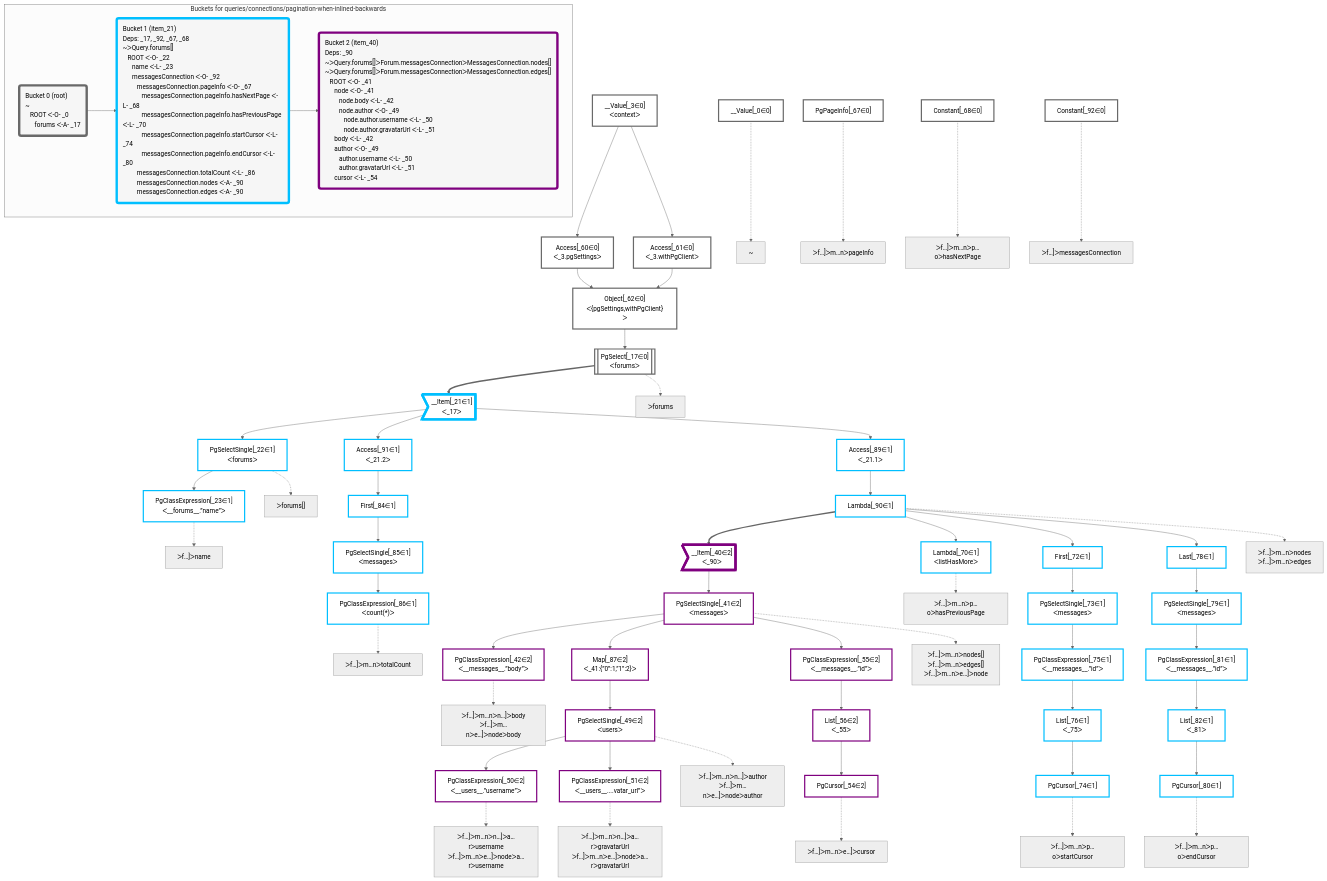
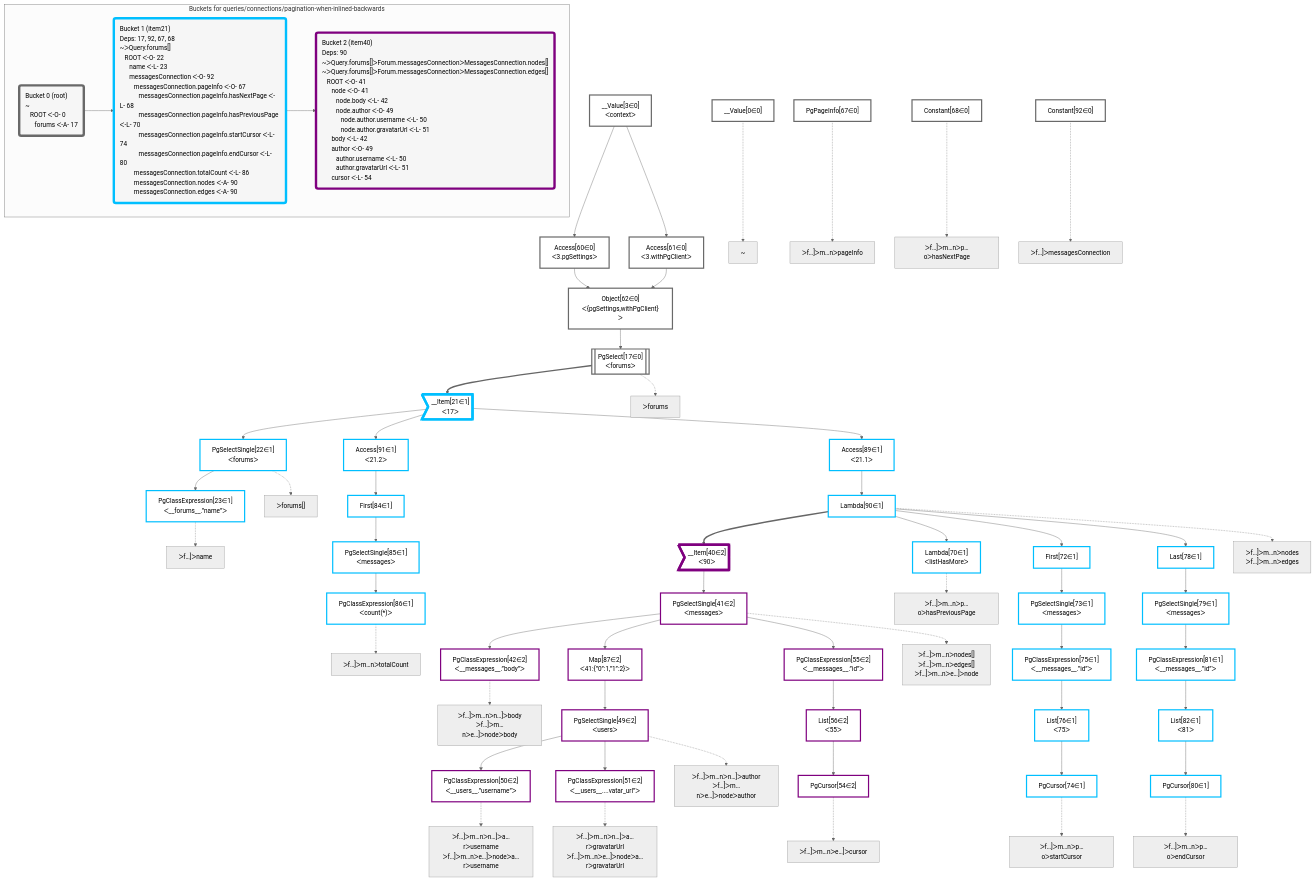
One commit to graphile/crystal changed the diagram in packages/dataplan-pg/__tests__/queries/connections/pagination-when-inlined-backwards.mermaid.md. Above: the diagram before and after it, drawn with Mermaid (neutral theme). The commit also changed 195 other files, not shown here.

```diff
--- a/packages/dataplan-pg/__tests__/queries/connections/pagination-when-inlined-backwards.mermaid.md
+++ b/packages/dataplan-pg/__tests__/queries/connections/pagination-when-inlined-backwards.mermaid.md
@@ -8,130 +8,130 @@
 
 
     %% define plans
-    __Value_0["__Value[_0∈0]"]:::plan
-    PgClassExpression_23["PgClassExpression[_23∈1]<br />ᐸ__forums__.”name”ᐳ"]:::plan
-    PgSelectSingle_22["PgSelectSingle[_22∈1]<br />ᐸforumsᐳ"]:::plan
-    PgClassExpression_86["PgClassExpression[_86∈1]<br />ᐸcount(*)ᐳ"]:::plan
-    PgSelectSingle_85["PgSelectSingle[_85∈1]<br />ᐸmessagesᐳ"]:::plan
-    First_84["First[_84∈1]"]:::plan
-    Access_91["Access[_91∈1]<br />ᐸ_21.2ᐳ"]:::plan
-    PgClassExpression_42["PgClassExpression[_42∈2]<br />ᐸ__messages__.”body”ᐳ"]:::plan
-    PgClassExpression_50["PgClassExpression[_50∈2]<br />ᐸ__users__.”username”ᐳ"]:::plan
-    PgClassExpression_51["PgClassExpression[_51∈2]<br />ᐸ__users__....vatar_url”ᐳ"]:::plan
-    PgSelectSingle_49["PgSelectSingle[_49∈2]<br />ᐸusersᐳ"]:::plan
-    Map_87["Map[_87∈2]<br />ᐸ_41:{”0”:1,”1”:2}ᐳ"]:::plan
-    PgCursor_54["PgCursor[_54∈2]"]:::plan
-    List_56["List[_56∈2]<br />ᐸ_55ᐳ"]:::plan
-    PgClassExpression_55["PgClassExpression[_55∈2]<br />ᐸ__messages__.”id”ᐳ"]:::plan
-    PgSelectSingle_41["PgSelectSingle[_41∈2]<br />ᐸmessagesᐳ"]:::plan
-    __Item_40>"__Item[_40∈2]<br />ᐸ_90ᐳ"]:::itemplan
-    Lambda_70["Lambda[_70∈1]<br />ᐸlistHasMoreᐳ"]:::plan
-    PgCursor_74["PgCursor[_74∈1]"]:::plan
-    List_76["List[_76∈1]<br />ᐸ_75ᐳ"]:::plan
-    PgClassExpression_75["PgClassExpression[_75∈1]<br />ᐸ__messages__.”id”ᐳ"]:::plan
-    PgSelectSingle_73["PgSelectSingle[_73∈1]<br />ᐸmessagesᐳ"]:::plan
-    First_72["First[_72∈1]"]:::plan
-    PgCursor_80["PgCursor[_80∈1]"]:::plan
-    List_82["List[_82∈1]<br />ᐸ_81ᐳ"]:::plan
-    PgClassExpression_81["PgClassExpression[_81∈1]<br />ᐸ__messages__.”id”ᐳ"]:::plan
-    PgSelectSingle_79["PgSelectSingle[_79∈1]<br />ᐸmessagesᐳ"]:::plan
-    Last_78["Last[_78∈1]"]:::plan
-    Lambda_90["Lambda[_90∈1]"]:::plan
-    Access_89["Access[_89∈1]<br />ᐸ_21.1ᐳ"]:::plan
-    __Item_21>"__Item[_21∈1]<br />ᐸ_17ᐳ"]:::itemplan
-    PgSelect_17[["PgSelect[_17∈0]<br />ᐸforumsᐳ"]]:::plan
-    Object_62["Object[_62∈0]<br />ᐸ{pgSettings,withPgClient}ᐳ"]:::plan
-    Access_60["Access[_60∈0]<br />ᐸ_3.pgSettingsᐳ"]:::plan
-    Access_61["Access[_61∈0]<br />ᐸ_3.withPgClientᐳ"]:::plan
-    __Value_3["__Value[_3∈0]<br />ᐸcontextᐳ"]:::plan
-    Constant_92["Constant[_92∈0]"]:::plan
-    PgPageInfo_67["PgPageInfo[_67∈0]"]:::plan
-    Constant_68["Constant[_68∈0]"]:::plan
+    __Value0["__Value[0∈0]"]:::plan
+    PgClassExpression23["PgClassExpression[23∈1]<br />ᐸ__forums__.”name”ᐳ"]:::plan
+    PgSelectSingle22["PgSelectSingle[22∈1]<br />ᐸforumsᐳ"]:::plan
+    PgClassExpression86["PgClassExpression[86∈1]<br />ᐸcount(*)ᐳ"]:::plan
+    PgSelectSingle85["PgSelectSingle[85∈1]<br />ᐸmessagesᐳ"]:::plan
+    First84["First[84∈1]"]:::plan
+    Access91["Access[91∈1]<br />ᐸ21.2ᐳ"]:::plan
+    PgClassExpression42["PgClassExpression[42∈2]<br />ᐸ__messages__.”body”ᐳ"]:::plan
+    PgClassExpression50["PgClassExpression[50∈2]<br />ᐸ__users__.”username”ᐳ"]:::plan
+    PgClassExpression51["PgClassExpression[51∈2]<br />ᐸ__users__....vatar_url”ᐳ"]:::plan
+    PgSelectSingle49["PgSelectSingle[49∈2]<br />ᐸusersᐳ"]:::plan
+    Map87["Map[87∈2]<br />ᐸ41:{”0”:1,”1”:2}ᐳ"]:::plan
+    PgCursor54["PgCursor[54∈2]"]:::plan
+    List56["List[56∈2]<br />ᐸ55ᐳ"]:::plan
+    PgClassExpression55["PgClassExpression[55∈2]<br />ᐸ__messages__.”id”ᐳ"]:::plan
+    PgSelectSingle41["PgSelectSingle[41∈2]<br />ᐸmessagesᐳ"]:::plan
+    __Item40>"__Item[40∈2]<br />ᐸ90ᐳ"]:::itemplan
+    Lambda70["Lambda[70∈1]<br />ᐸlistHasMoreᐳ"]:::plan
+    PgCursor74["PgCursor[74∈1]"]:::plan
+    List76["List[76∈1]<br />ᐸ75ᐳ"]:::plan
+    PgClassExpression75["PgClassExpression[75∈1]<br />ᐸ__messages__.”id”ᐳ"]:::plan
+    PgSelectSingle73["PgSelectSingle[73∈1]<br />ᐸmessagesᐳ"]:::plan
+    First72["First[72∈1]"]:::plan
+    PgCursor80["PgCursor[80∈1]"]:::plan
+    List82["List[82∈1]<br />ᐸ81ᐳ"]:::plan
+    PgClassExpression81["PgClassExpression[81∈1]<br />ᐸ__messages__.”id”ᐳ"]:::plan
+    PgSelectSingle79["PgSelectSingle[79∈1]<br />ᐸmessagesᐳ"]:::plan
+    Last78["Last[78∈1]"]:::plan
+    Lambda90["Lambda[90∈1]"]:::plan
+    Access89["Access[89∈1]<br />ᐸ21.1ᐳ"]:::plan
+    __Item21>"__Item[21∈1]<br />ᐸ17ᐳ"]:::itemplan
+    PgSelect17[["PgSelect[17∈0]<br />ᐸforumsᐳ"]]:::plan
+    Object62["Object[62∈0]<br />ᐸ{pgSettings,withPgClient}ᐳ"]:::plan
+    Access60["Access[60∈0]<br />ᐸ3.pgSettingsᐳ"]:::plan
+    Access61["Access[61∈0]<br />ᐸ3.withPgClientᐳ"]:::plan
+    __Value3["__Value[3∈0]<br />ᐸcontextᐳ"]:::plan
+    Constant92["Constant[92∈0]"]:::plan
+    PgPageInfo67["PgPageInfo[67∈0]"]:::plan
+    Constant68["Constant[68∈0]"]:::plan
 
     %% plan dependencies
-    PgSelectSingle_22 --> PgClassExpression_23
-    __Item_21 --> PgSelectSingle_22
-    PgSelectSingle_85 --> PgClassExpression_86
-    First_84 --> PgSelectSingle_85
-    Access_91 --> First_84
-    __Item_21 --> Access_91
-    PgSelectSingle_41 --> PgClassExpression_42
-    PgSelectSingle_49 --> PgClassExpression_50
-    PgSelectSingle_49 --> PgClassExpression_51
-    Map_87 --> PgSelectSingle_49
-    PgSelectSingle_41 --> Map_87
-    List_56 --> PgCursor_54
-    PgClassExpression_55 --> List_56
-    PgSelectSingle_41 --> PgClassExpression_55
-    __Item_40 --> PgSelectSingle_41
-    Lambda_90 ==> __Item_40
-    Lambda_90 --> Lambda_70
-    List_76 --> PgCursor_74
-    PgClassExpression_75 --> List_76
-    PgSelectSingle_73 --> PgClassExpression_75
-    First_72 --> PgSelectSingle_73
-    Lambda_90 --> First_72
-    List_82 --> PgCursor_80
-    PgClassExpression_81 --> List_82
-    PgSelectSingle_79 --> PgClassExpression_81
-    Last_78 --> PgSelectSingle_79
-    Lambda_90 --> Last_78
-    Access_89 --> Lambda_90
-    __Item_21 --> Access_89
-    PgSelect_17 ==> __Item_21
-    Object_62 --> PgSelect_17
-    Access_60 & Access_61 --> Object_62
-    __Value_3 --> Access_60
-    __Value_3 --> Access_61
+    PgSelectSingle22 --> PgClassExpression23
+    __Item21 --> PgSelectSingle22
+    PgSelectSingle85 --> PgClassExpression86
+    First84 --> PgSelectSingle85
+    Access91 --> First84
+    __Item21 --> Access91
+    PgSelectSingle41 --> PgClassExpression42
+    PgSelectSingle49 --> PgClassExpression50
+    PgSelectSingle49 --> PgClassExpression51
+    Map87 --> PgSelectSingle49
+    PgSelectSingle41 --> Map87
+    List56 --> PgCursor54
+    PgClassExpression55 --> List56
+    PgSelectSingle41 --> PgClassExpression55
+    __Item40 --> PgSelectSingle41
+    Lambda90 ==> __Item40
+    Lambda90 --> Lambda70
+    List76 --> PgCursor74
+    PgClassExpression75 --> List76
+    PgSelectSingle73 --> PgClassExpression75
+    First72 --> PgSelectSingle73
+    Lambda90 --> First72
+    List82 --> PgCursor80
+    PgClassExpression81 --> List82
+    PgSelectSingle79 --> PgClassExpression81
+    Last78 --> PgSelectSingle79
+    Lambda90 --> Last78
+    Access89 --> Lambda90
+    __Item21 --> Access89
+    PgSelect17 ==> __Item21
+    Object62 --> PgSelect17
+    Access60 & Access61 --> Object62
+    __Value3 --> Access60
+    __Value3 --> Access61
 
     %% plan-to-path relationships
-    P_0["~"]
-    __Value_0 -.-> P_0
-    P_17["ᐳforums"]
-    PgSelect_17 -.-> P_17
-    P_22["ᐳforums[]"]
-    PgSelectSingle_22 -.-> P_22
-    P_23["ᐳf…]ᐳname"]
-    PgClassExpression_23 -.-> P_23
-    P_41["ᐳf…]ᐳm…nᐳnodes[]<br />ᐳf…]ᐳm…nᐳedges[]<br />ᐳf…]ᐳm…nᐳe…]ᐳnode"]
-    PgSelectSingle_41 -.-> P_41
-    P_42["ᐳf…]ᐳm…nᐳn…]ᐳbody<br />ᐳf…]ᐳm…nᐳe…]ᐳnodeᐳbody"]
-    PgClassExpression_42 -.-> P_42
-    P_49["ᐳf…]ᐳm…nᐳn…]ᐳauthor<br />ᐳf…]ᐳm…nᐳe…]ᐳnodeᐳauthor"]
-    PgSelectSingle_49 -.-> P_49
-    P_50["ᐳf…]ᐳm…nᐳn…]ᐳa…rᐳusername<br />ᐳf…]ᐳm…nᐳe…]ᐳnodeᐳa…rᐳusername"]
-    PgClassExpression_50 -.-> P_50
-    P_51["ᐳf…]ᐳm…nᐳn…]ᐳa…rᐳgravatarUrl<br />ᐳf…]ᐳm…nᐳe…]ᐳnodeᐳa…rᐳgravatarUrl"]
-    PgClassExpression_51 -.-> P_51
-    P_54["ᐳf…]ᐳm…nᐳe…]ᐳcursor"]
-    PgCursor_54 -.-> P_54
-    P_67["ᐳf…]ᐳm…nᐳpageInfo"]
-    PgPageInfo_67 -.-> P_67
-    P_68["ᐳf…]ᐳm…nᐳp…oᐳhasNextPage"]
-    Constant_68 -.-> P_68
-    P_70["ᐳf…]ᐳm…nᐳp…oᐳhasPreviousPage"]
-    Lambda_70 -.-> P_70
-    P_74["ᐳf…]ᐳm…nᐳp…oᐳstartCursor"]
-    PgCursor_74 -.-> P_74
-    P_80["ᐳf…]ᐳm…nᐳp…oᐳendCursor"]
-    PgCursor_80 -.-> P_80
-    P_86["ᐳf…]ᐳm…nᐳtotalCount"]
-    PgClassExpression_86 -.-> P_86
-    P_90["ᐳf…]ᐳm…nᐳnodes<br />ᐳf…]ᐳm…nᐳedges"]
-    Lambda_90 -.-> P_90
-    P_92["ᐳf…]ᐳmessagesConnection"]
-    Constant_92 -.-> P_92
+    P0["~"]
+    __Value0 -.-> P0
+    P17["ᐳforums"]
+    PgSelect17 -.-> P17
+    P22["ᐳforums[]"]
+    PgSelectSingle22 -.-> P22
+    P23["ᐳf…]ᐳname"]
+    PgClassExpression23 -.-> P23
+    P41["ᐳf…]ᐳm…nᐳnodes[]<br />ᐳf…]ᐳm…nᐳedges[]<br />ᐳf…]ᐳm…nᐳe…]ᐳnode"]
+    PgSelectSingle41 -.-> P41
+    P42["ᐳf…]ᐳm…nᐳn…]ᐳbody<br />ᐳf…]ᐳm…nᐳe…]ᐳnodeᐳbody"]
+    PgClassExpression42 -.-> P42
+    P49["ᐳf…]ᐳm…nᐳn…]ᐳauthor<br />ᐳf…]ᐳm…nᐳe…]ᐳnodeᐳauthor"]
+    PgSelectSingle49 -.-> P49
+    P50["ᐳf…]ᐳm…nᐳn…]ᐳa…rᐳusername<br />ᐳf…]ᐳm…nᐳe…]ᐳnodeᐳa…rᐳusername"]
+    PgClassExpression50 -.-> P50
+    P51["ᐳf…]ᐳm…nᐳn…]ᐳa…rᐳgravatarUrl<br />ᐳf…]ᐳm…nᐳe…]ᐳnodeᐳa…rᐳgravatarUrl"]
+    PgClassExpression51 -.-> P51
+    P54["ᐳf…]ᐳm…nᐳe…]ᐳcursor"]
+    PgCursor54 -.-> P54
+    P67["ᐳf…]ᐳm…nᐳpageInfo"]
+    PgPageInfo67 -.-> P67
+    P68["ᐳf…]ᐳm…nᐳp…oᐳhasNextPage"]
+    Constant68 -.-> P68
+    P70["ᐳf…]ᐳm…nᐳp…oᐳhasPreviousPage"]
+    Lambda70 -.-> P70
+    P74["ᐳf…]ᐳm…nᐳp…oᐳstartCursor"]
+    PgCursor74 -.-> P74
+    P80["ᐳf…]ᐳm…nᐳp…oᐳendCursor"]
+    PgCursor80 -.-> P80
+    P86["ᐳf…]ᐳm…nᐳtotalCount"]
+    PgClassExpression86 -.-> P86
+    P90["ᐳf…]ᐳm…nᐳnodes<br />ᐳf…]ᐳm…nᐳedges"]
+    Lambda90 -.-> P90
+    P92["ᐳf…]ᐳmessagesConnection"]
+    Constant92 -.-> P92
 
     subgraph "Buckets for queries/connections/pagination-when-inlined-backwards"
-    Bucket0("Bucket 0 (root)<br />~<br />⠀ROOT ᐸ-O- _0<br />⠀⠀forums ᐸ-A- _17"):::bucket
+    Bucket0("Bucket 0 (root)<br />~<br />⠀ROOT ᐸ-O- 0<br />⠀⠀forums ᐸ-A- 17"):::bucket
     classDef bucket0 stroke:#696969
-    class Bucket0,__Value_0,__Value_3,PgSelect_17,Access_60,Access_61,Object_62,PgPageInfo_67,Constant_68,Constant_92 bucket0
-    Bucket1("Bucket 1 (item_21)<br />Deps: _17, _92, _67, _68<br />~ᐳQuery.forums[]<br />⠀ROOT ᐸ-O- _22<br />⠀⠀name ᐸ-L- _23<br />⠀⠀messagesConnection ᐸ-O- _92<br />⠀⠀⠀messagesConnection.pageInfo ᐸ-O- _67<br />⠀⠀⠀⠀messagesConnection.pageInfo.hasNextPage ᐸ-L- _68<br />⠀⠀⠀⠀messagesConnection.pageInfo.hasPreviousPage ᐸ-L- _70<br />⠀⠀⠀⠀messagesConnection.pageInfo.startCursor ᐸ-L- _74<br />⠀⠀⠀⠀messagesConnection.pageInfo.endCursor ᐸ-L- _80<br />⠀⠀⠀messagesConnection.totalCount ᐸ-L- _86<br />⠀⠀⠀messagesConnection.nodes ᐸ-A- _90<br />⠀⠀⠀messagesConnection.edges ᐸ-A- _90"):::bucket
+    class Bucket0,__Value0,__Value3,PgSelect17,Access60,Access61,Object62,PgPageInfo67,Constant68,Constant92 bucket0
+    Bucket1("Bucket 1 (item21)<br />Deps: 17, 92, 67, 68<br />~ᐳQuery.forums[]<br />⠀ROOT ᐸ-O- 22<br />⠀⠀name ᐸ-L- 23<br />⠀⠀messagesConnection ᐸ-O- 92<br />⠀⠀⠀messagesConnection.pageInfo ᐸ-O- 67<br />⠀⠀⠀⠀messagesConnection.pageInfo.hasNextPage ᐸ-L- 68<br />⠀⠀⠀⠀messagesConnection.pageInfo.hasPreviousPage ᐸ-L- 70<br />⠀⠀⠀⠀messagesConnection.pageInfo.startCursor ᐸ-L- 74<br />⠀⠀⠀⠀messagesConnection.pageInfo.endCursor ᐸ-L- 80<br />⠀⠀⠀messagesConnection.totalCount ᐸ-L- 86<br />⠀⠀⠀messagesConnection.nodes ᐸ-A- 90<br />⠀⠀⠀messagesConnection.edges ᐸ-A- 90"):::bucket
     classDef bucket1 stroke:#00bfff
-    class Bucket1,__Item_21,PgSelectSingle_22,PgClassExpression_23,Lambda_70,First_72,PgSelectSingle_73,PgCursor_74,PgClassExpression_75,List_76,Last_78,PgSelectSingle_79,PgCursor_80,PgClassExpression_81,List_82,First_84,PgSelectSingle_85,PgClassExpression_86,Access_89,Lambda_90,Access_91 bucket1
-    Bucket2("Bucket 2 (item_40)<br />Deps: _90<br />~ᐳQuery.forums[]ᐳForum.messagesConnectionᐳMessagesConnection.nodes[]<br />~ᐳQuery.forums[]ᐳForum.messagesConnectionᐳMessagesConnection.edges[]<br />⠀ROOT ᐸ-O- _41<br />⠀⠀node ᐸ-O- _41<br />⠀⠀⠀node.body ᐸ-L- _42<br />⠀⠀⠀node.author ᐸ-O- _49<br />⠀⠀⠀⠀node.author.username ᐸ-L- _50<br />⠀⠀⠀⠀node.author.gravatarUrl ᐸ-L- _51<br />⠀⠀body ᐸ-L- _42<br />⠀⠀author ᐸ-O- _49<br />⠀⠀⠀author.username ᐸ-L- _50<br />⠀⠀⠀author.gravatarUrl ᐸ-L- _51<br />⠀⠀cursor ᐸ-L- _54"):::bucket
+    class Bucket1,__Item21,PgSelectSingle22,PgClassExpression23,Lambda70,First72,PgSelectSingle73,PgCursor74,PgClassExpression75,List76,Last78,PgSelectSingle79,PgCursor80,PgClassExpression81,List82,First84,PgSelectSingle85,PgClassExpression86,Access89,Lambda90,Access91 bucket1
+    Bucket2("Bucket 2 (item40)<br />Deps: 90<br />~ᐳQuery.forums[]ᐳForum.messagesConnectionᐳMessagesConnection.nodes[]<br />~ᐳQuery.forums[]ᐳForum.messagesConnectionᐳMessagesConnection.edges[]<br />⠀ROOT ᐸ-O- 41<br />⠀⠀node ᐸ-O- 41<br />⠀⠀⠀node.body ᐸ-L- 42<br />⠀⠀⠀node.author ᐸ-O- 49<br />⠀⠀⠀⠀node.author.username ᐸ-L- 50<br />⠀⠀⠀⠀node.author.gravatarUrl ᐸ-L- 51<br />⠀⠀body ᐸ-L- 42<br />⠀⠀author ᐸ-O- 49<br />⠀⠀⠀author.username ᐸ-L- 50<br />⠀⠀⠀author.gravatarUrl ᐸ-L- 51<br />⠀⠀cursor ᐸ-L- 54"):::bucket
     classDef bucket2 stroke:#7f007f
-    class Bucket2,__Item_40,PgSelectSingle_41,PgClassExpression_42,PgSelectSingle_49,PgClassExpression_50,PgClassExpression_51,PgCursor_54,PgClassExpression_55,List_56,Map_87 bucket2
+    class Bucket2,__Item40,PgSelectSingle41,PgClassExpression42,PgSelectSingle49,PgClassExpression50,PgClassExpression51,PgCursor54,PgClassExpression55,List56,Map87 bucket2
     Bucket0 --> Bucket1
     Bucket1 --> Bucket2
     end
```
